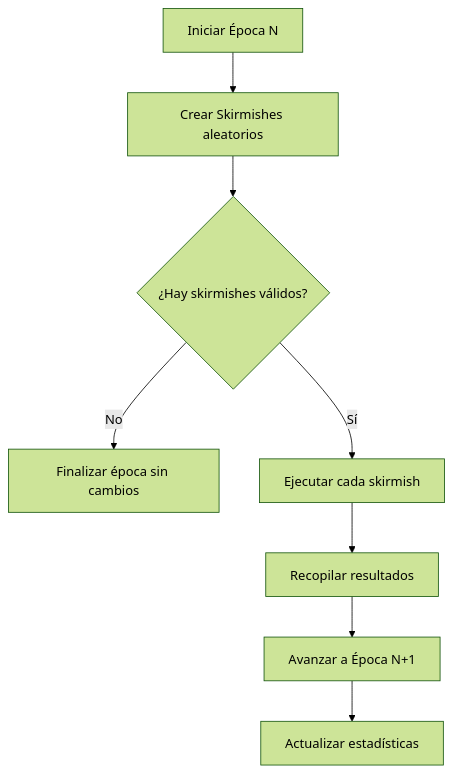
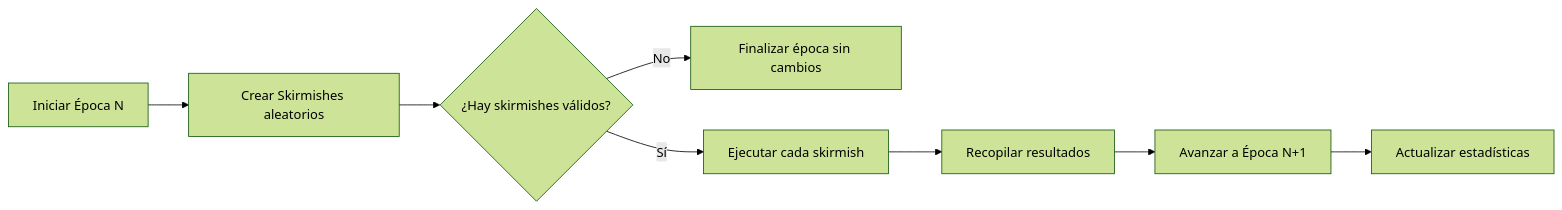
The fifth of 5 diagrams in domain_model.md (clujanp/interstellar-war-dilemma), drawn with Mermaid (forest theme) before and after one commit. The commit also changed other lines of this file, not shown here.

````diff
--- a/domain_model.md
+++ b/domain_model.md
@@ -281,10 +293,10 @@
 ```mermaid
-graph TD
+graph LR
     A[Iniciar Época N] --> B[Crear Skirmishes aleatorios]
     B --> C{¿Hay skirmishes válidos?}
     C -->|No| D[Finalizar época sin cambios]
     C -->|Sí| E[Ejecutar cada skirmish]
     E --> F[Recopilar resultados]
     F --> G[Avanzar a Época N+1]
     G --> H[Actualizar estadísticas]
 ```
````
